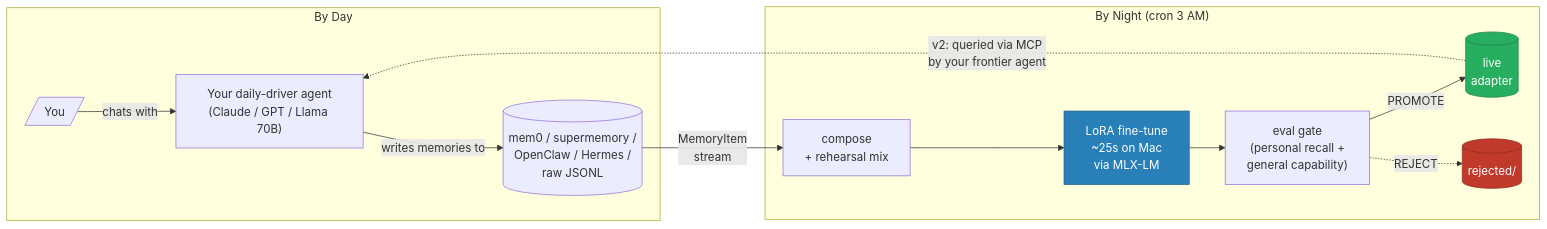
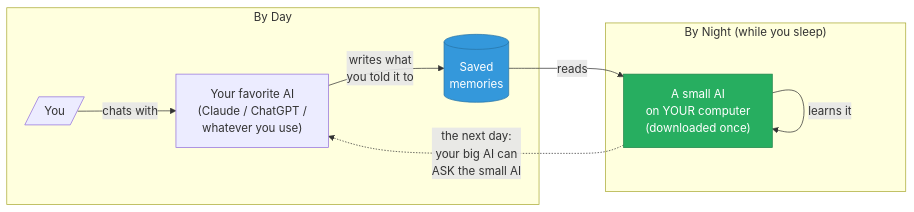
Before and after one commit to mrdulasolutions/dreamagent: the diagram in README.md, drawn with Mermaid. The commit also changed other lines of this file and 3 other files, not shown here.

````diff
--- a/README.md
+++ b/README.md
@@ -36,24 +28,20 @@
 ```mermaid
 flowchart LR
     subgraph "By Day"
         user[/"You"/]
-        agent["Your daily-driver agent<br/>(Claude / GPT / Llama 70B)"]
-        mem0[(mem0 / supermemory /<br/>OpenClaw / Hermes /<br/>raw JSONL)]
-        user -->|chats with| agent
-        agent -->|writes memories to| mem0
+        bigai["Your favorite AI<br/>(Claude / ChatGPT /<br/>whatever you use)"]
+        memory[(Saved<br/>memories)]
+        user -->|chats with| bigai
+        bigai -->|writes what<br/>you told it to| memory
     end
 
-    subgraph "By Night (cron 3 AM)"
-        mem0 -->|"MemoryItem<br/>stream"| compose["compose<br/>+ rehearsal mix"]
-        compose --> train["LoRA fine-tune<br/>~25s on Mac<br/>via MLX-LM"]
-        train --> eval["eval gate<br/>(personal recall +<br/>general capability)"]
-        eval -->|PROMOTE| live[("live<br/>adapter")]
-        eval -.->|REJECT| rejected[(rejected/)]
+    subgraph "By Night (while you sleep)"
+        memory -->|reads| smallai["A small AI<br/>on YOUR computer<br/>(downloaded once)"]
+        smallai -->|learns it| smallai
     end
 
-    live -.->|"v2: queried via MCP<br/>by your frontier agent"| agent
+    smallai -.->|"the next day:<br/>your big AI can<br/>ASK the small AI"| bigai
 
-    style live fill:#27ae60,stroke:#1e8449,color:#fff
-    style rejected fill:#c0392b,stroke:#922b21,color:#fff
-    style train fill:#2980b9,stroke:#1f618d,color:#fff
+    style smallai fill:#27ae60,stroke:#1e8449,color:#fff
+    style memory fill:#3498db,stroke:#2874a6,color:#fff
 ```
````
